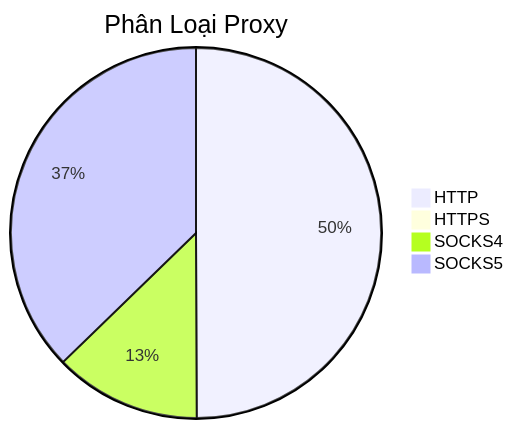
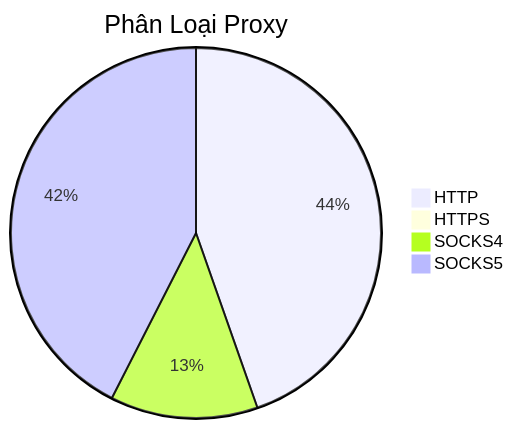
Before and after one commit to Ciara-Aa/PROXY-free: the diagram in README.md, drawn with Mermaid. The commit also changed other lines of this file and 4 other files, not shown here.

````diff
--- a/README.md
+++ b/README.md
@@ -26,7 +26,7 @@
 ```mermaid
 pie title Phân Loại Proxy
-    "HTTP" : 394
-    "HTTPS" : 3
-    "SOCKS4" : 101
-    "SOCKS5" : 294
+    "HTTP" : 336
+    "HTTPS" : 4
+    "SOCKS4" : 97
+    "SOCKS5" : 320
 ```
````
